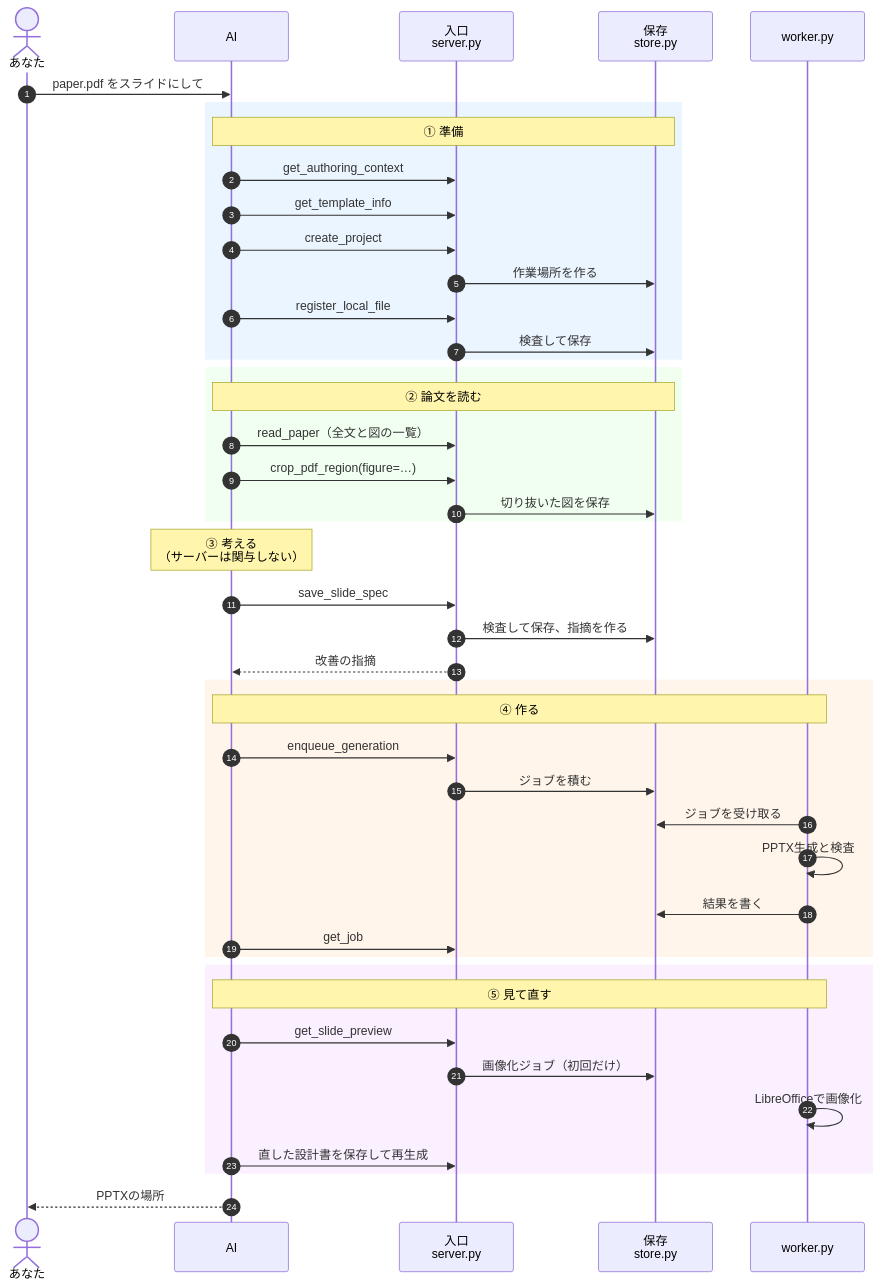
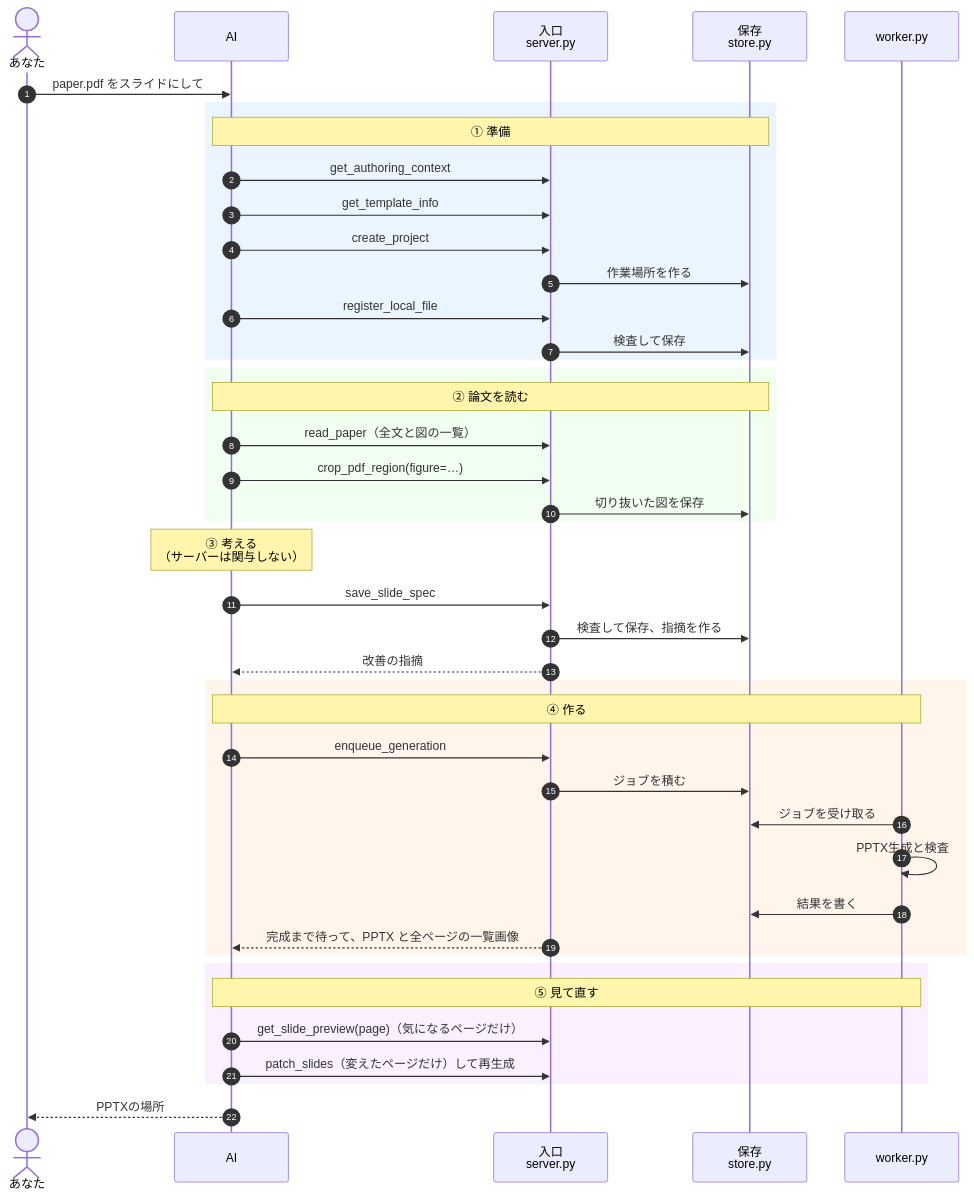
One commit to cercil0605/ResearchSlideAgent changed the first of 2 diagrams in docs/01-flow.md. Above: the diagram before and after it, drawn with Mermaid. The commit also changed other lines of this file and 17 other files, not shown here.

````diff
--- a/docs/01-flow.md
+++ b/docs/01-flow.md
@@ -19,47 +19,45 @@
 ```mermaid
 sequenceDiagram
     autonumber
     actor U as あなた
     participant L as AI
     participant M as 入口<br/>server.py
     participant S as 保存<br/>store.py
     participant W as worker.py
 
     U->>L: paper.pdf をスライドにして
     rect rgb(235, 245, 255)
     Note over L,S: ① 準備
     L->>M: get_authoring_context
     L->>M: get_template_info
     L->>M: create_project
     M->>S: 作業場所を作る
     L->>M: register_local_file
     M->>S: 検査して保存
     end
     rect rgb(240, 255, 240)
     Note over L,S: ② 論文を読む
     L->>M: read_paper（全文と図の一覧）
     L->>M: crop_pdf_region(figure=…)
     M->>S: 切り抜いた図を保存
     end
     Note over L: ③ 考える<br/>（サーバーは関与しない）
     L->>M: save_slide_spec
     M->>S: 検査して保存、指摘を作る
     M-->>L: 改善の指摘
     rect rgb(255, 245, 235)
     Note over L,W: ④ 作る
     L->>M: enqueue_generation
     M->>S: ジョブを積む
     W->>S: ジョブを受け取る
     W->>W: PPTX生成と検査
     W->>S: 結果を書く
-    L->>M: get_job
+    M-->>L: 完成まで待って、PPTX と全ページの一覧画像
     end
     rect rgb(250, 240, 255)
     Note over L,W: ⑤ 見て直す
-    L->>M: get_slide_preview
-    M->>S: 画像化ジョブ（初回だけ）
-    W->>W: LibreOfficeで画像化
-    L->>M: 直した設計書を保存して再生成
+    L->>M: get_slide_preview(page)（気になるページだけ）
+    L->>M: patch_slides（変えたページだけ）して再生成
     end
     L-->>U: PPTXの場所
 ```
````
